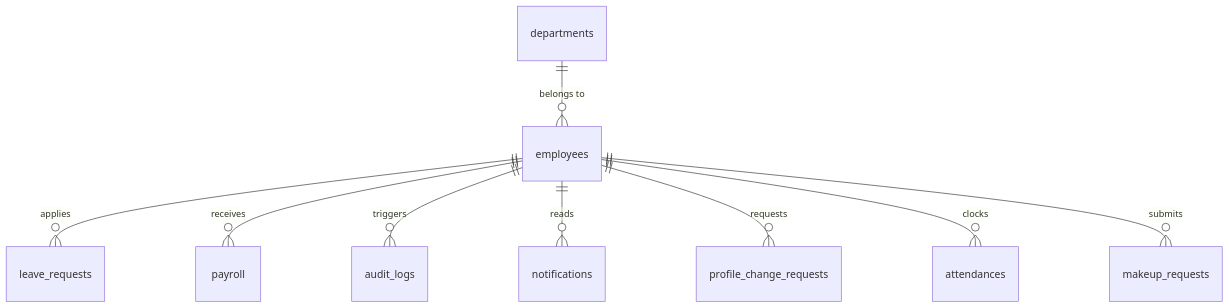
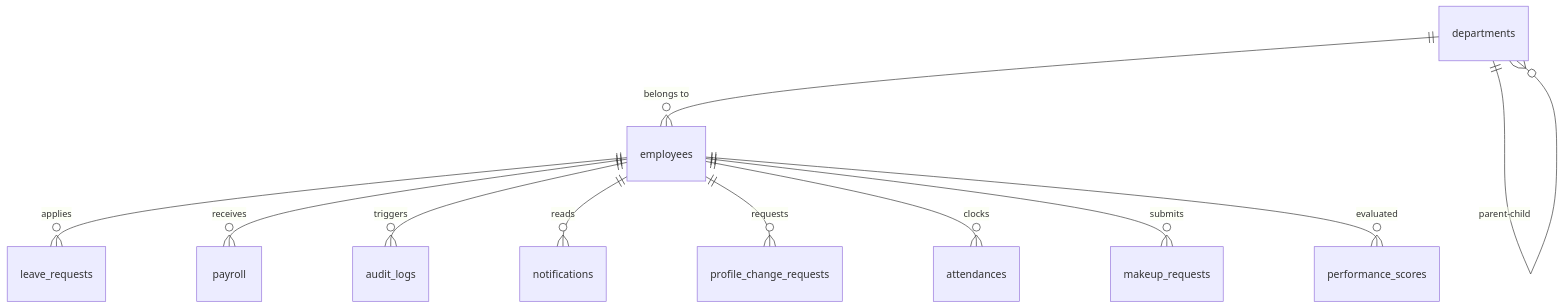
The second of 3 diagrams in docs/SRS草稿.md (Villager119/sdu-cs-human-resource-management-system-project), drawn with Mermaid before and after one commit. The commit also changed other lines of this file and 34 other files, not shown here.

````diff
--- a/docs/SRS草稿.md
+++ b/docs/SRS草稿.md
@@ -550,11 +819,13 @@
 ```mermaid
 erDiagram
     employees ||--o{ leave_requests : "applies"
     employees ||--o{ payroll : "receives"
     employees ||--o{ audit_logs : "triggers"
     employees ||--o{ notifications : "reads"
     employees ||--o{ profile_change_requests : "requests"
     employees ||--o{ attendances : "clocks"
     employees ||--o{ makeup_requests : "submits"
+    employees ||--o{ performance_scores : "evaluated"
     departments ||--o{ employees : "belongs to"
+    departments ||--o{ departments : "parent-child"
 ```
````
